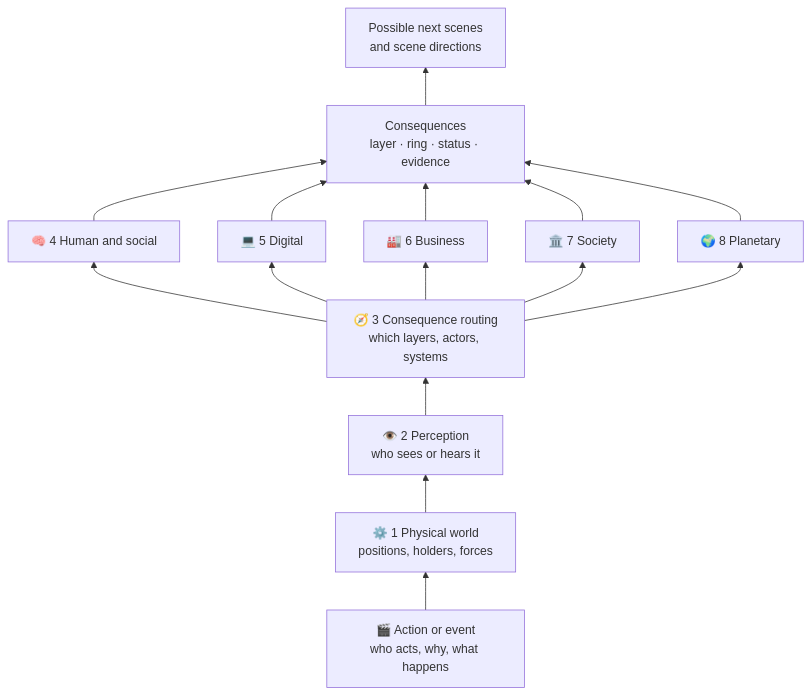
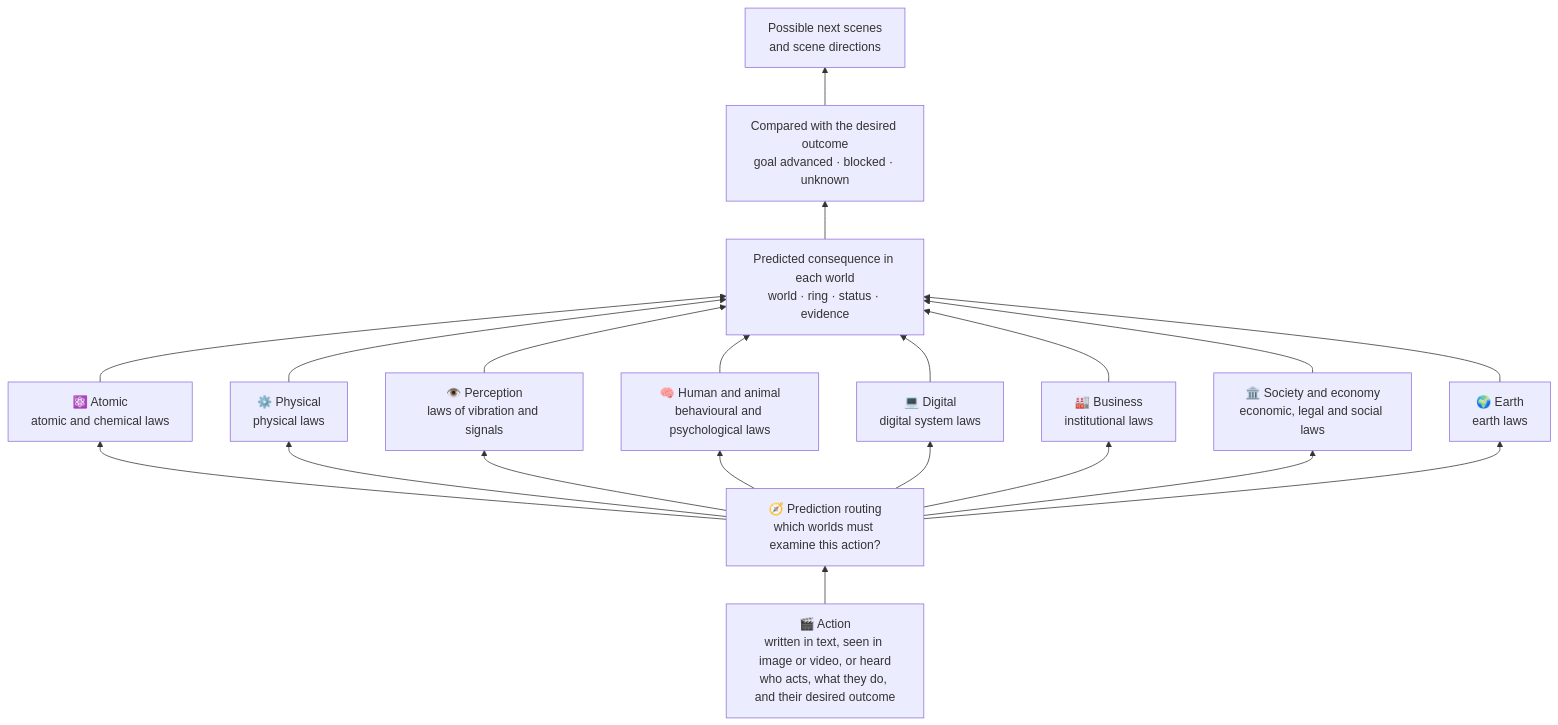
The first of 18 diagrams in README.md (Sherlock2019/ACM), drawn with Mermaid before and after one commit. The commit also changed other lines of this file and 1 other file, not shown here.

Commit message:
Workflow: action -> prediction routing -> consequence in each world -> vs desired outcome

````diff
--- a/README.md
+++ b/README.md
@@ -116,13 +116,15 @@
 ```mermaid
 flowchart BT
-    A["🎬 Action or event<br/>who acts, why, what happens"] --> P1["⚙️ 1 Physical world<br/>positions, holders, forces"]
-    P1 --> P2["👁️ 2 Perception<br/>who sees or hears it"]
-    P2 --> R["🧭 3 Consequence routing<br/>which layers, actors, systems"]
-    R --> H["🧠 4 Human and social"]
-    R --> D["💻 5 Digital"]
-    R --> B["🏭 6 Business"]
-    R --> S["🏛️ 7 Society"]
-    R --> E["🌍 8 Planetary"]
-    H & D & B & S & E --> C["Consequences<br/>layer · ring · status · evidence"]
-    C --> N["Possible next scenes<br/>and scene directions"]
+    A["🎬 Action<br/>written in text, seen in image or video, or heard<br/>who acts, what they do, and their desired outcome"] --> R["🧭 Prediction routing<br/>which worlds must examine this action?"]
+    R --> W1["⚛️ Atomic<br/>atomic and chemical laws"]
+    R --> W2["⚙️ Physical<br/>physical laws"]
+    R --> W3["👁️ Perception<br/>laws of vibration and signals"]
+    R --> W4["🧠 Human and animal<br/>behavioural and psychological laws"]
+    R --> W5["💻 Digital<br/>digital system laws"]
+    R --> W6["🏭 Business<br/>institutional laws"]
+    R --> W7["🏛️ Society and economy<br/>economic, legal and social laws"]
+    R --> W8["🌍 Earth<br/>earth laws"]
+    W1 & W2 & W3 & W4 & W5 & W6 & W7 & W8 --> C["Predicted consequence in each world<br/>world · ring · status · evidence"]
+    C --> G["Compared with the desired outcome<br/>goal advanced · blocked · unknown"]
+    G --> N["Possible next scenes<br/>and scene directions"]
 ```
````
